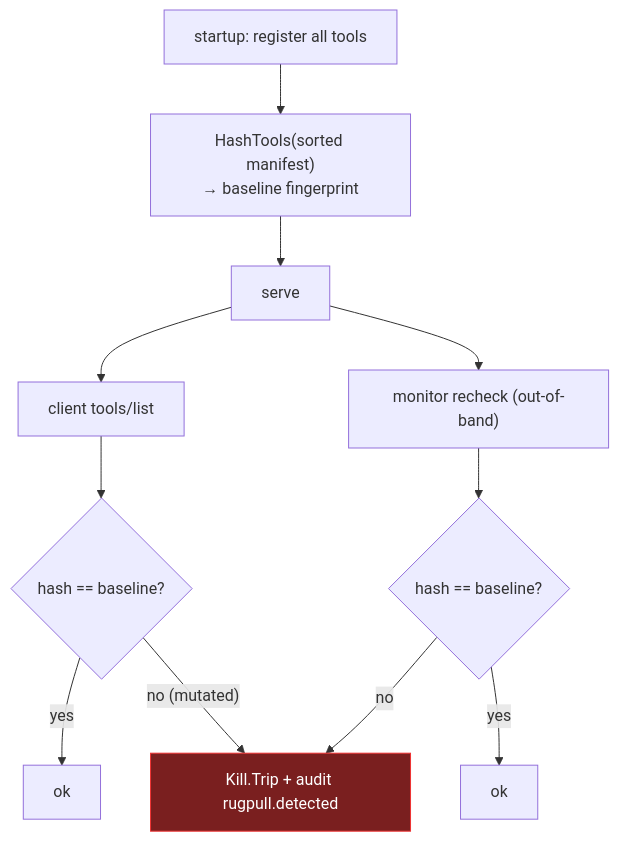
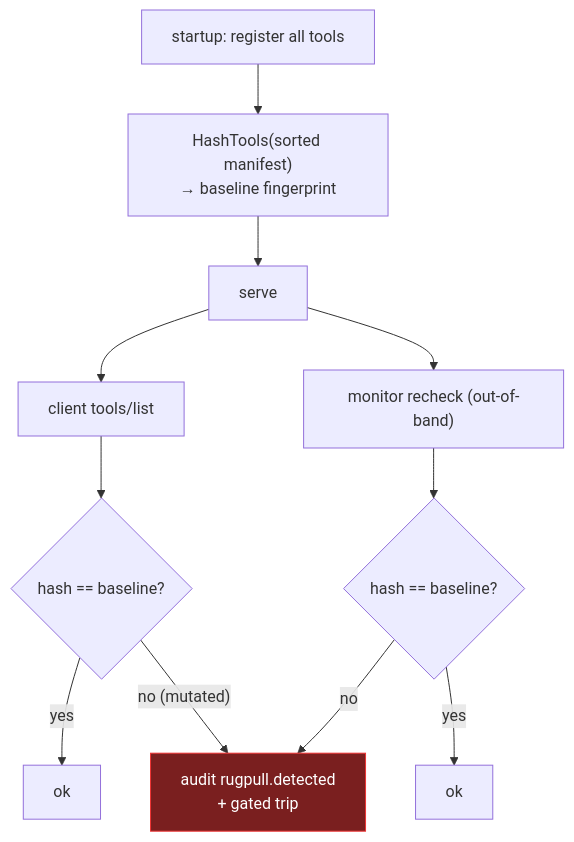
Before and after one commit to deploymenttheory/windows-mcp-server: the sixth of 9 diagrams in docs/security-architecture.md, drawn with Mermaid. The commit also changed other lines of this file and 19 other files, not shown here.

````diff
--- a/docs/security-architecture.md
+++ b/docs/security-architecture.md
@@ -222,18 +230,18 @@
 ```mermaid
 flowchart TB
     Start["startup: register all tools"] --> Base["HashTools(sorted manifest)<br/>→ baseline fingerprint"]
     Base --> Serve["serve"]
 
     Serve --> Live1["client tools/list"]
     Live1 --> Cmp1{"hash == baseline?"}
     Cmp1 -- yes --> OK1["ok"]
-    Cmp1 -- "no (mutated)" --> Trip["Kill.Trip + audit rugpull.detected"]
+    Cmp1 -- "no (mutated)" --> Trip["audit rugpull.detected<br/>+ gated trip"]
 
     Serve --> Live2["monitor recheck (out-of-band)"]
     Live2 --> Cmp2{"hash == baseline?"}
     Cmp2 -- yes --> OK2["ok"]
     Cmp2 -- no --> Trip
 
     classDef kill fill:#7a1f1f,stroke:#e33,color:#fff;
     class Trip kill;
 ```
````
